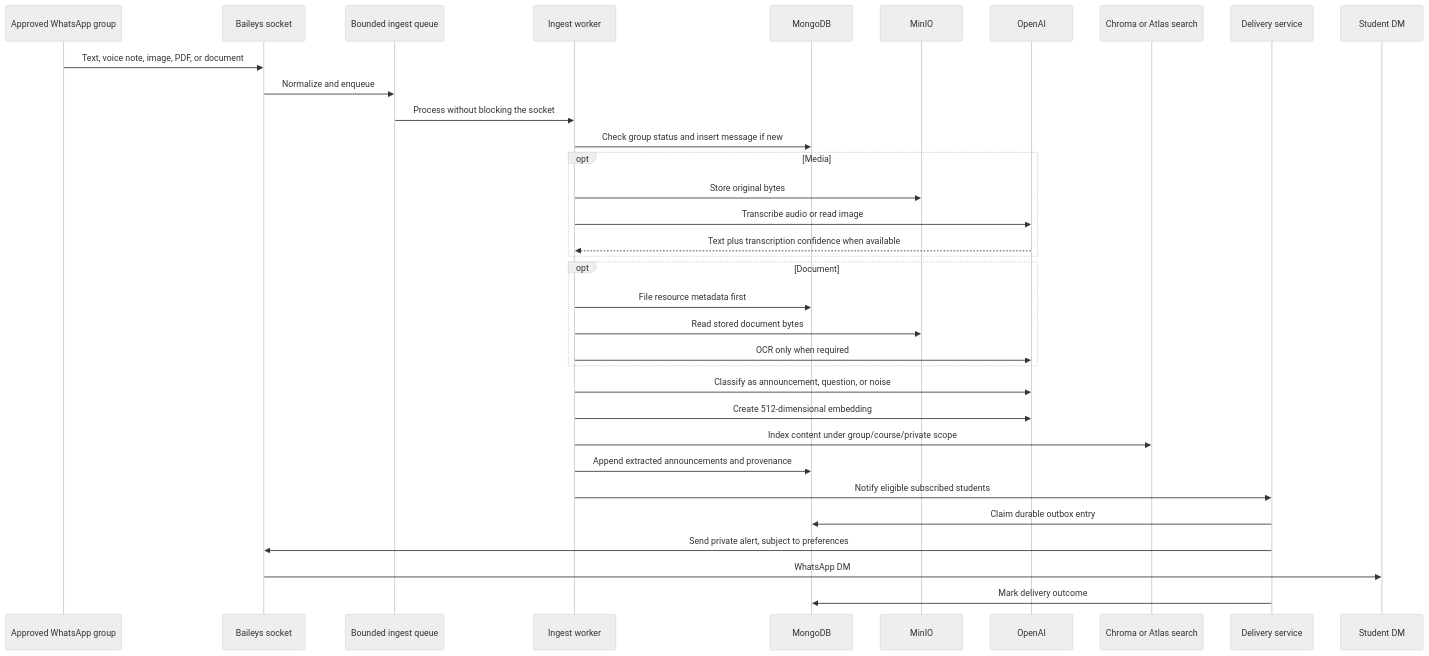
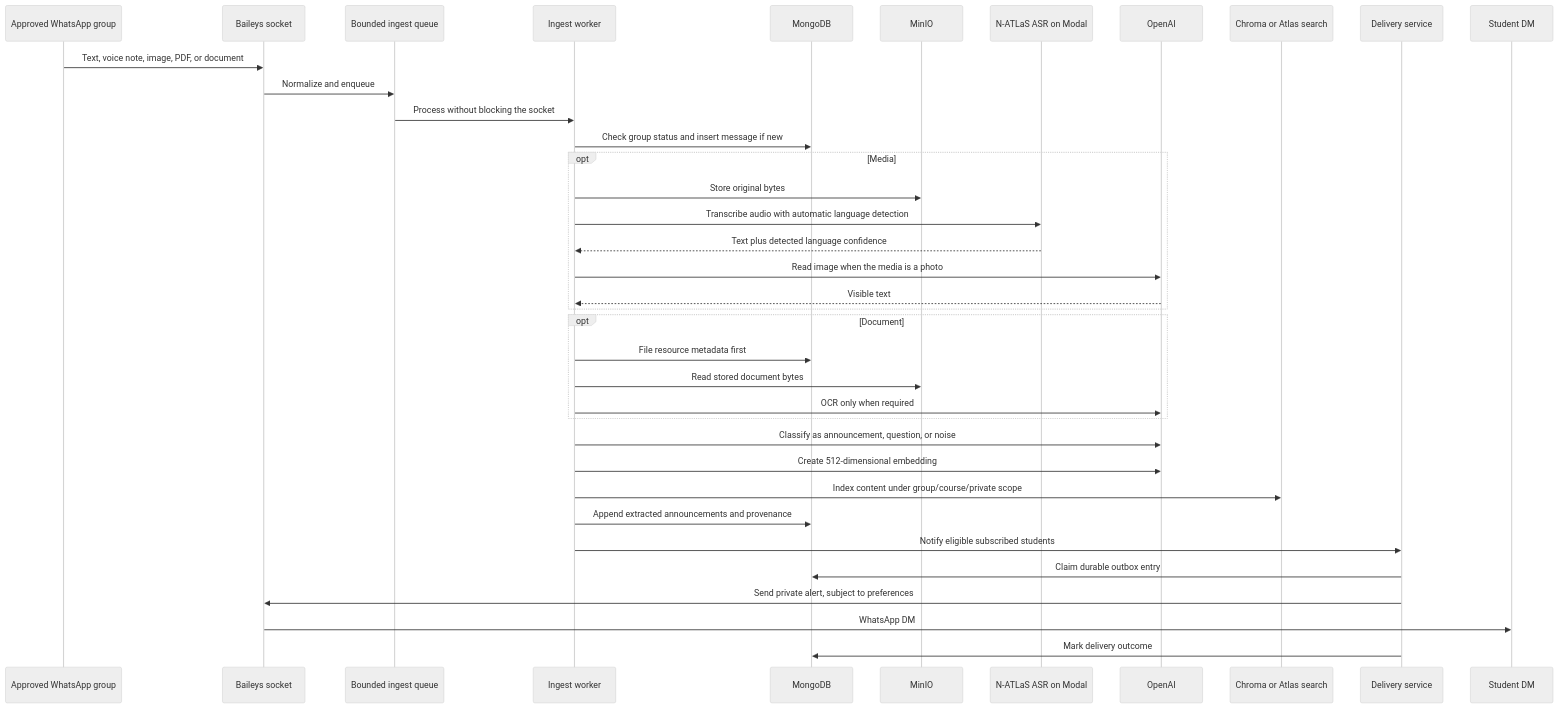
Before and after one commit to dayosalam/peermate: the second of 5 diagrams in ARCHITECTURE.md, drawn with Mermaid (neutral theme). The commit also changed other lines of this file and 16 other files, not shown here.

````diff
--- a/ARCHITECTURE.md
+++ b/ARCHITECTURE.md
@@ -90,37 +92,40 @@
 ```mermaid
 sequenceDiagram
     participant G as Approved WhatsApp group
     participant S as Baileys socket
     participant Q as Bounded ingest queue
     participant I as Ingest worker
     participant M as MongoDB
     participant O as MinIO
+    participant ASR as N-ATLaS ASR on Modal
     participant AI as OpenAI
     participant V as Chroma or Atlas search
     participant D as Delivery service
     participant U as Student DM
 
     G->>S: Text, voice note, image, PDF, or document
     S->>Q: Normalize and enqueue
     Q->>I: Process without blocking the socket
     I->>M: Check group status and insert message if new
     opt Media
         I->>O: Store original bytes
-        I->>AI: Transcribe audio or read image
-        AI-->>I: Text plus transcription confidence when available
+        I->>ASR: Transcribe audio with automatic language detection
+        ASR-->>I: Text plus detected language confidence
+        I->>AI: Read image when the media is a photo
+        AI-->>I: Visible text
     end
     opt Document
         I->>M: File resource metadata first
         I->>O: Read stored document bytes
         I->>AI: OCR only when required
     end
     I->>AI: Classify as announcement, question, or noise
     I->>AI: Create 512-dimensional embedding
     I->>V: Index content under group/course/private scope
     I->>M: Append extracted announcements and provenance
     I->>D: Notify eligible subscribed students
     D->>M: Claim durable outbox entry
     D->>S: Send private alert, subject to preferences
     S->>U: WhatsApp DM
     D->>M: Mark delivery outcome
 ```
````
